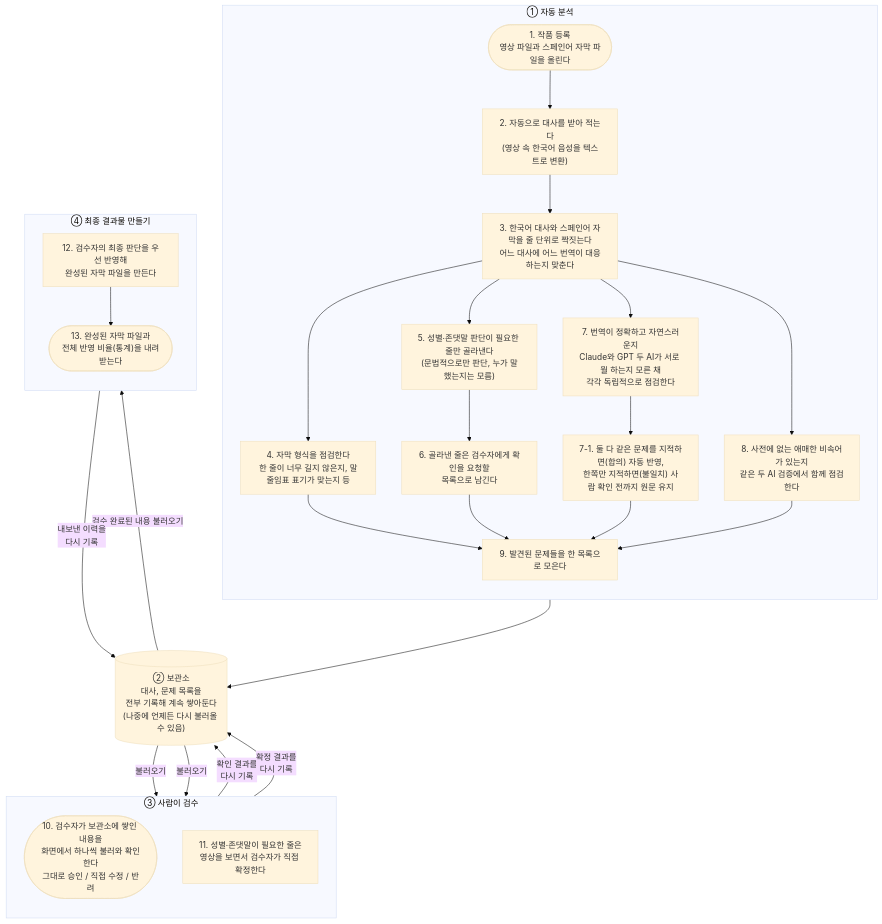
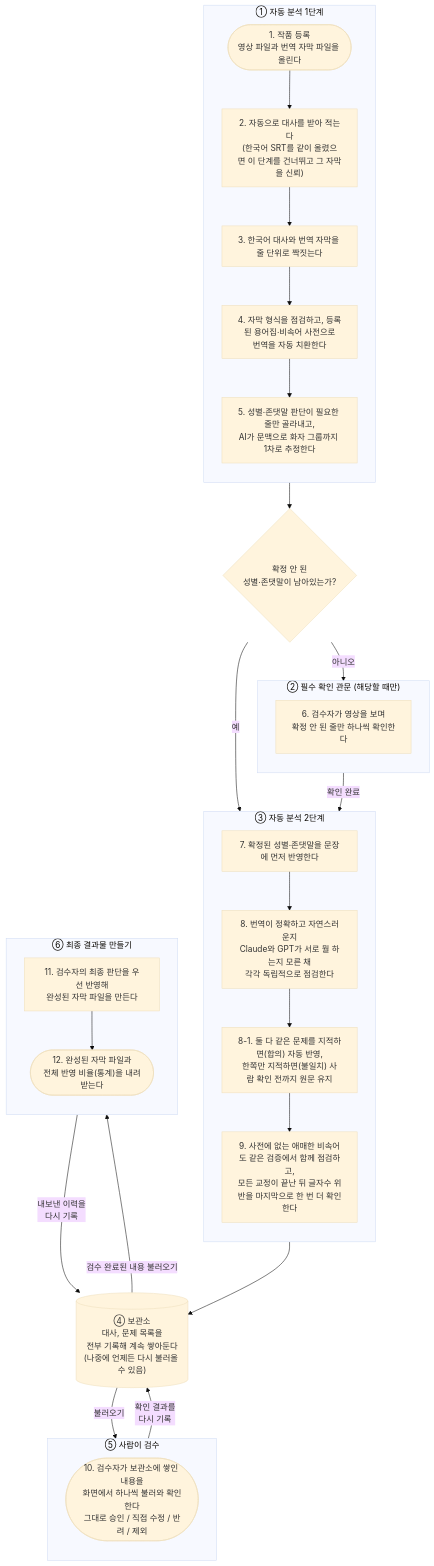
One commit to soyeong-new/sub-translation-qc changed the first of 4 diagrams in README.md. Above: the diagram before and after it, drawn with Mermaid (base theme). The commit also changed other lines of this file and 7 other files, not shown here.

````diff
--- a/README.md
+++ b/README.md
@@ -22,44 +23,52 @@
 ```mermaid
 flowchart TD
-    subgraph P1["① 자동 분석"]
+    subgraph P1["① 자동 분석 1단계"]
         direction TD
-        S1(["1. 작품 등록\n영상 파일과 스페인어 자막 파일을 올린다"])
-        S2["2. 자동으로 대사를 받아 적는다\n(영상 속 한국어 음성을 텍스트로 변환)"]
-        S3["3. 한국어 대사와 스페인어 자막을 줄 단위로 짝짓는다\n어느 대사에 어느 번역이 대응하는지 맞춘다"]
-        S4["4. 자막 형식을 점검한다\n한 줄이 너무 길지 않은지, 말줄임표 표기가 맞는지 등"]
-        S5["5. 성별·존댓말 판단이 필요한 줄만 골라낸다\n(문법적으로만 판단, 누가 말했는지는 모름)"]
-        S6["6. 골라낸 줄은 검수자에게 확인을 요청할\n목록으로 남긴다"]
-        S7["7. 번역이 정확하고 자연스러운지\nClaude와 GPT 두 AI가 서로 뭘 하는지 모른 채\n각각 독립적으로 점검한다"]
-        S7b["7-1. 둘 다 같은 문제를 지적하면(합의) 자동 반영,\n한쪽만 지적하면(불일치) 사람 확인 전까지 원문 유지"]
-        S8["8. 사전에 없는 애매한 비속어가 있는지\n같은 두 AI 검증에서 함께 점검한다"]
-        S9["9. 발견된 문제들을 한 목록으로 모은다"]
-
-        S1 --> S2 --> S3 --> S4 --> S9
-        S3 --> S5 --> S6 --> S9
-        S3 --> S7 --> S7b --> S9
-        S3 --> S8 --> S9
+        S1(["1. 작품 등록\n영상 파일과 번역 자막 파일을 올린다"])
+        S2["2. 자동으로 대사를 받아 적는다\n(한국어 SRT를 같이 올렸으면 이 단계를 건너뛰고 그 자막을 신뢰)"]
+        S3["3. 한국어 대사와 번역 자막을 줄 단위로 짝짓는다"]
+        S4["4. 자막 형식을 점검하고, 등록된 용어집·비속어 사전으로\n번역을 자동 치환한다"]
+        S5["5. 성별·존댓말 판단이 필요한 줄만 골라내고,\nAI가 문맥으로 화자 그룹까지 1차로 추정한다"]
+        S1 --> S2 --> S3 --> S4 --> S5
     end
 
-    STORE[("② 보관소\n대사, 문제 목록을\n전부 기록해 계속 쌓아둔다\n(나중에 언제든 다시 불러올 수 있음)")]
+    DECIDE{"확정 안 된\n성별·존댓말이 남아있는가?"}
 
-    subgraph P2["③ 사람이 검수"]
+    subgraph P2["② 필수 확인 관문 (해당할 때만)"]
         direction TD
-        S10(["10. 검수자가 보관소에 쌓인 내용을\n화면에서 하나씩 불러와 확인한다\n그대로 승인 / 직접 수정 / 반려"])
-        S11["11. 성별·존댓말이 필요한 줄은\n영상을 보면서 검수자가 직접 확정한다"]
+        S6["6. 검수자가 영상을 보며\n확정 안 된 줄만 하나씩 확인한다"]
     end
 
-    subgraph P3["④ 최종 결과물 만들기"]
+    subgraph P3["③ 자동 분석 2단계"]
         direction TD
-        S12["12. 검수자의 최종 판단을 우선 반영해\n완성된 자막 파일을 만든다"]
-        S13(["13. 완성된 자막 파일과\n전체 반영 비율(통계)을 내려받는다"])
+        S7["7. 확정된 성별·존댓말을 문장에 먼저 반영한다"]
+        S8["8. 번역이 정확하고 자연스러운지\nClaude와 GPT가 서로 뭘 하는지 모른 채\n각각 독립적으로 점검한다"]
+        S8b["8-1. 둘 다 같은 문제를 지적하면(합의) 자동 반영,\n한쪽만 지적하면(불일치) 사람 확인 전까지 원문 유지"]
+        S9["9. 사전에 없는 애매한 비속어도 같은 검증에서 함께 점검하고,\n모든 교정이 끝난 뒤 글자수 위반을 마지막으로 한 번 더 확인한다"]
+        S7 --> S8 --> S8b --> S9
     end
 
+    STORE[("④ 보관소\n대사, 문제 목록을\n전부 기록해 계속 쌓아둔다\n(나중에 언제든 다시 불러올 수 있음)")]
+
+    subgraph P4["⑤ 사람이 검수"]
+        direction TD
+        S10(["10. 검수자가 보관소에 쌓인 내용을\n화면에서 하나씩 불러와 확인한다\n그대로 승인 / 직접 수정 / 반려 / 제외"])
+    end
+
+    subgraph P5["⑥ 최종 결과물 만들기"]
+        direction TD
+        S11["11. 검수자의 최종 판단을 우선 반영해\n완성된 자막 파일을 만든다"]
+        S12(["12. 완성된 자막 파일과\n전체 반영 비율(통계)을 내려받는다"])
+        S11 --> S12
+    end
+
+    S5 --> DECIDE
+    DECIDE -->|"아니오"| S6
+    DECIDE -->|"예"| S7
+    S6 -->|"확인 완료"| S7
     S9 --> STORE
     STORE -->|"불러오기"| S10
-    STORE -->|"불러오기"| S11
     S10 -->|"확인 결과를\n다시 기록"| STORE
-    S11 -->|"확정 결과를\n다시 기록"| STORE
-    STORE -->|"검수 완료된 내용 불러오기"| S12
-    S12 --> S13
-    S13 -->|"내보낸 이력을\n다시 기록"| STORE
+    STORE -->|"검수 완료된 내용 불러오기"| S11
+    S12 -->|"내보낸 이력을\n다시 기록"| STORE
 ```
````
